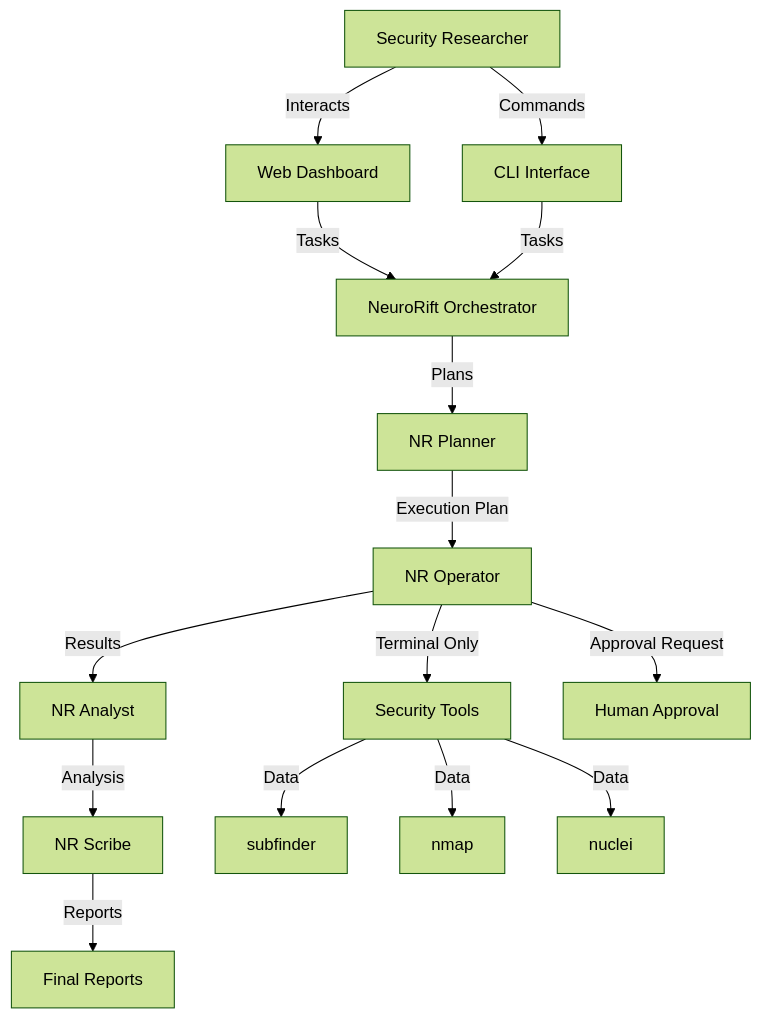
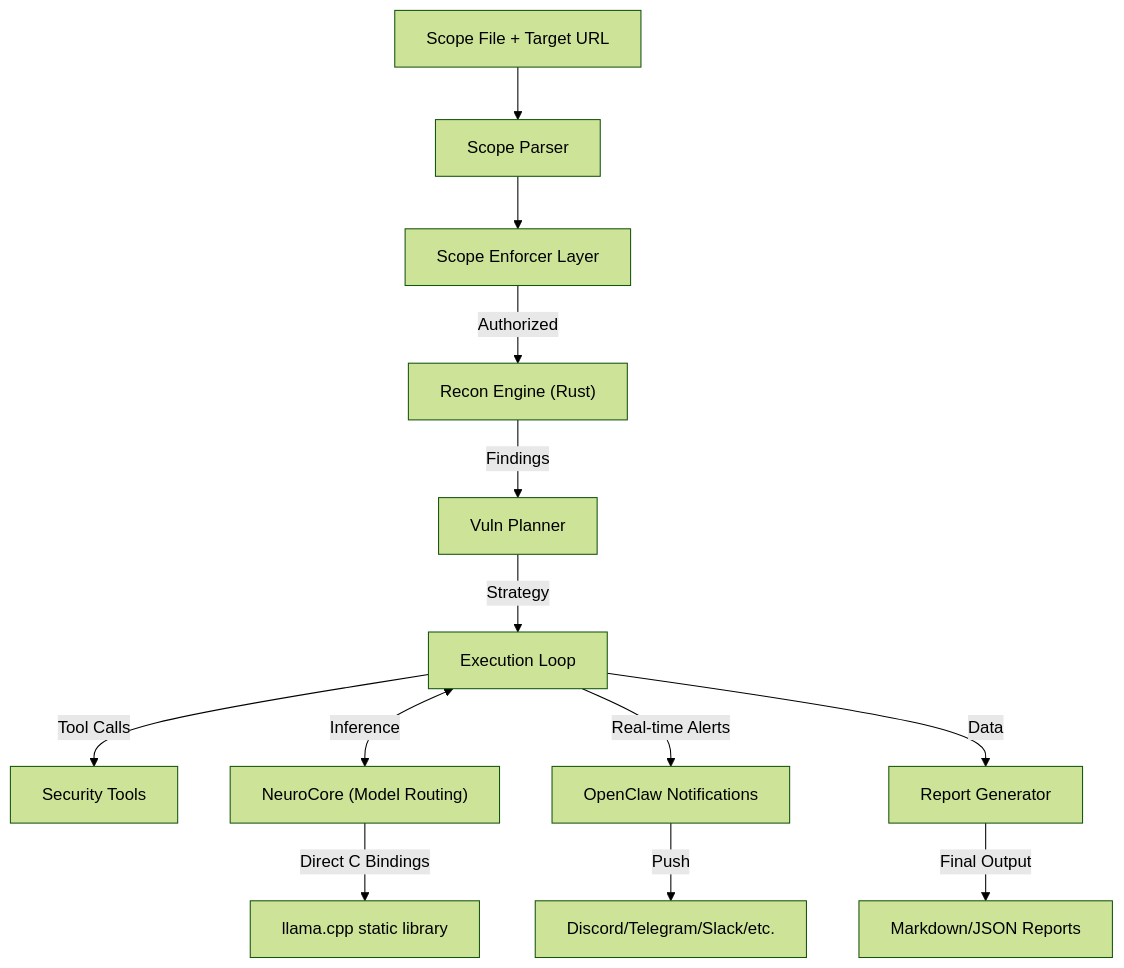
The diagram in README.md (demonking369/NeuroRift), drawn with Mermaid (forest theme) before and after one commit. The commit also changed other lines of this file and 3 other files, not shown here.

````diff
--- a/README.md
+++ b/README.md
@@ -50,21 +51,20 @@
 ```mermaid
 graph TD
-    User["Security Researcher"] -->|Interacts| Dashboard["Web Dashboard"]
-    User -->|Commands| CLI["CLI Interface"]
+    Input["Scope File + Target URL"] --> Parser["Scope Parser"]
+    Parser --> Enforcer["Scope Enforcer Layer"]
     
-    Dashboard & CLI -->|Tasks| Orchestrator["NeuroRift Orchestrator"]
+    Enforcer -->|Authorized| Recon["Recon Engine (Rust)"]
+    Recon -->|Findings| Planner["Vuln Planner"]
     
-    Orchestrator -->|Plans| Planner["NR Planner"]
-    Planner -->|Execution Plan| Operator["NR Operator"]
-    Operator -->|Results| Analyst["NR Analyst"]
-    Analyst -->|Analysis| Scribe["NR Scribe"]
+    Planner -->|Strategy| Executor["Execution Loop"]
+    Executor -->|Tool Calls| Tools["Security Tools"]
     
-    Operator -->|Terminal Only| Tools["Security Tools"]
-    Operator -->|Approval Request| Human["Human Approval"]
+    Executor <-->|Inference| NeuroCore["NeuroCore (Model Routing)"]
+    NeuroCore -->|Direct C Bindings| LlamaCPP["llama.cpp static library"]
     
-    Tools -->|Data| Subfinder["subfinder"]
-    Tools -->|Data| Nmap["nmap"]
-    Tools -->|Data| Nuclei["nuclei"]
+    Executor -->|Real-time Alerts| OpenClaw["OpenClaw Notifications"]
+    OpenClaw -->|Push| Messaging["Discord/Telegram/Slack/etc."]
     
-    Scribe -->|Reports| Output["Final Reports"]
+    Executor -->|Data| Reporter["Report Generator"]
+    Reporter -->|Final Output| Reports["Markdown/JSON Reports"]
 ```
````
